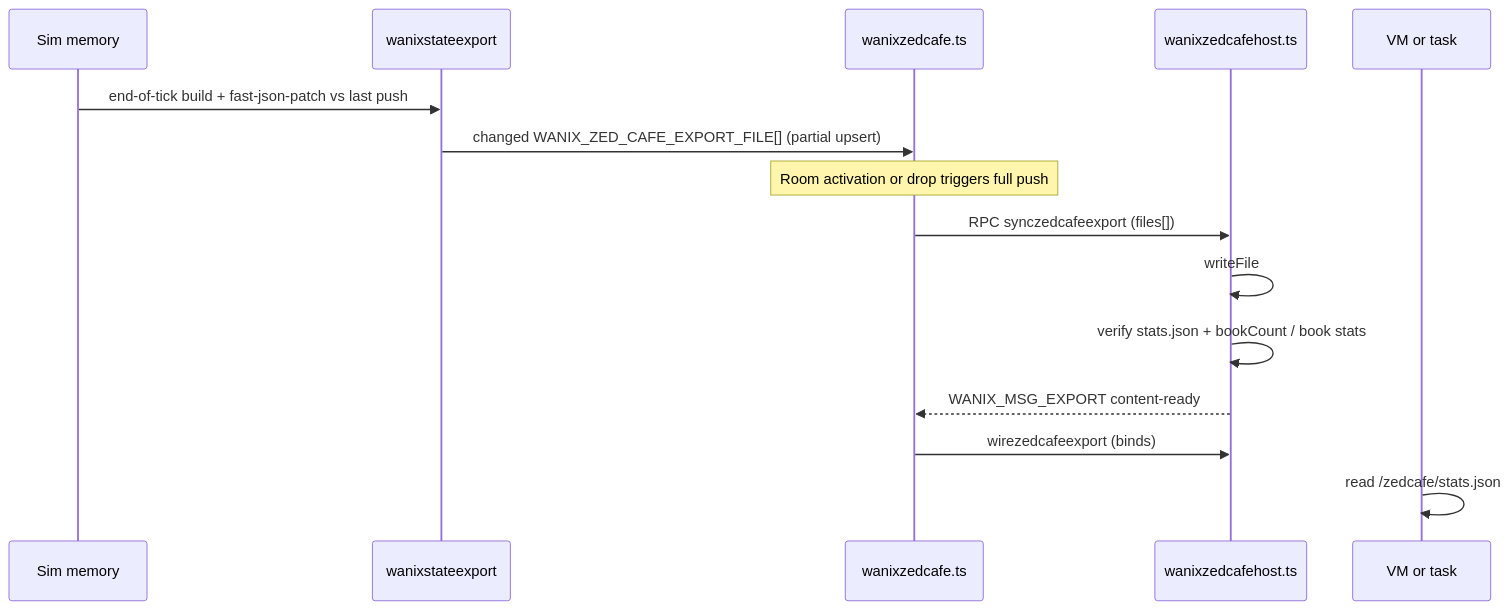
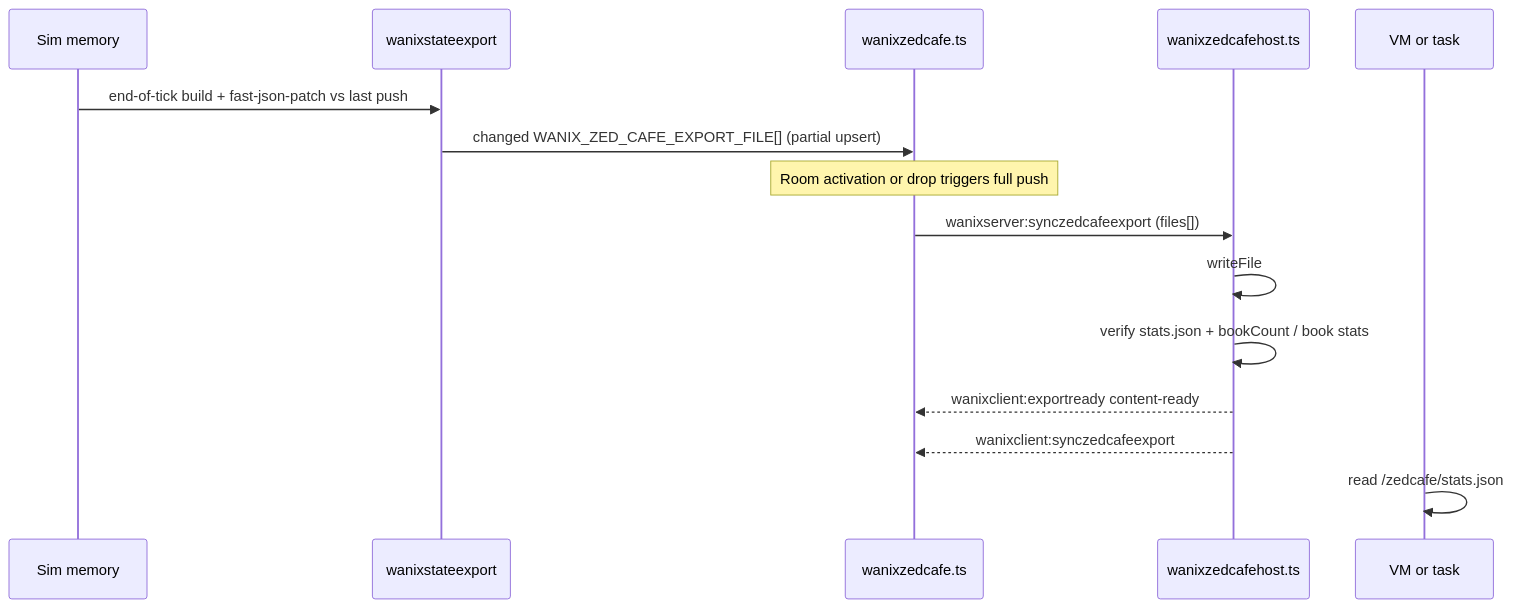
The third of 9 diagrams in zss/feature/wanix/README.md (goldbuick/zed-software-system), drawn with Mermaid before and after one commit. The commit also changed other lines of this file and 91 other files, not shown here.

````diff
--- a/zss/feature/wanix/README.md
+++ b/zss/feature/wanix/README.md
@@ -194,19 +194,19 @@
 ```mermaid
 sequenceDiagram
   participant Mem as Sim memory
   participant Host as wanixstateexport
   participant Parent as wanixzedcafe.ts
   participant Iframe as wanixzedcafehost.ts
   participant Guest as VM or task
 
   Mem->>Host: end-of-tick build + fast-json-patch vs last push
   Host->>Parent: changed WANIX_ZED_CAFE_EXPORT_FILE[] (partial upsert)
   Note over Parent: Room activation or drop triggers full push
 
-  Parent->>Iframe: RPC synczedcafeexport (files[])
+  Parent->>Iframe: wanixserver:synczedcafeexport (files[])
   Iframe->>Iframe: writeFile #task/rid/export/…
   Iframe->>Iframe: verify stats.json + bookCount / book stats
-  Iframe-->>Parent: WANIX_MSG_EXPORT content-ready
-  Parent->>Iframe: wirezedcafeexport (binds)
+  Iframe-->>Parent: wanixclient:exportready content-ready
+  Iframe-->>Parent: wanixclient:synczedcafeexport
   Guest->>Guest: read /zedcafe/stats.json
 ```
````
